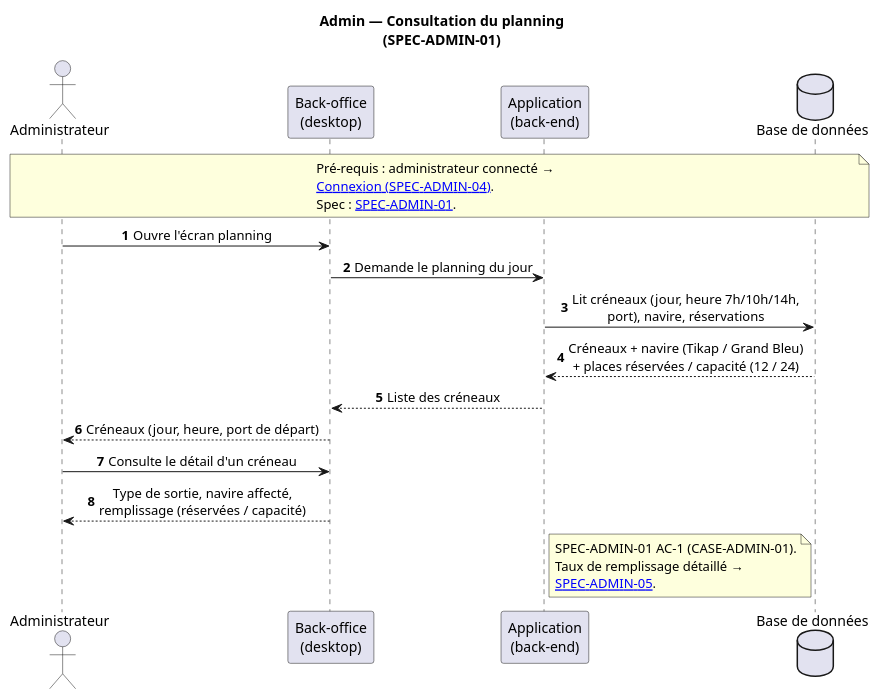
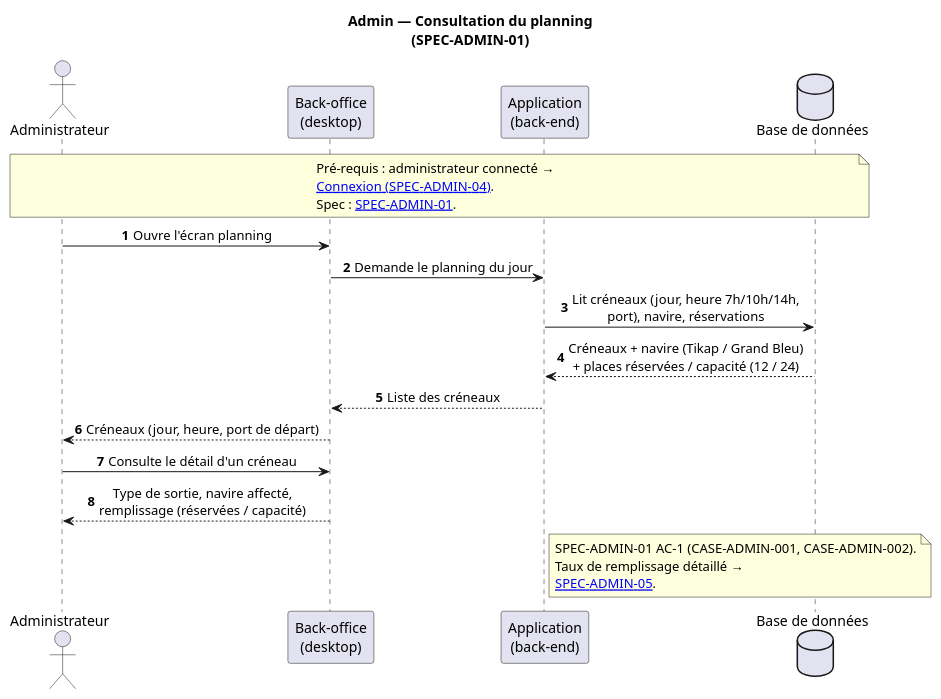
Before and after one commit to Pinguin211/Ti_Baleine: the diagram in docs/uml/sequences/admin-consultation-planning.puml, drawn with PlantUML. The commit also changed 80 other files, not shown here.

Commit message:
FEAT(Test): Ajout des test case de la partie admin

```diff
--- a/docs/uml/sequences/admin-consultation-planning.puml
+++ b/docs/uml/sequences/admin-consultation-planning.puml
@@ -1,33 +1,33 @@
 @startuml admin-consultation-planning
 title Admin — Consultation du planning\n(SPEC-ADMIN-01)
 
 skinparam sequenceMessageAlign center
 skinparam maxMessageSize 240
 autonumber
 
 actor "Administrateur" as Admin
 participant "Back-office\n(desktop)" as BO
 participant "Application\n(back-end)" as App
 database "Base de données" as BDD
 
 note over Admin, BDD
   Pré-requis : administrateur connecté →
   [[admin-login.svg Connexion (SPEC-ADMIN-04)]].
   Spec : [[../../../specs/admin.md SPEC-ADMIN-01]].
 end note
 
 Admin -> BO : Ouvre l'écran planning
 BO -> App : Demande le planning du jour
 App -> BDD : Lit créneaux (jour, heure 7h/10h/14h, port), navire, réservations
 BDD --> App : Créneaux + navire (Tikap / Grand Bleu) + places réservées / capacité (12 / 24)
 App --> BO : Liste des créneaux
 BO --> Admin : Créneaux (jour, heure, port de départ)
 Admin -> BO : Consulte le détail d'un créneau
 BO --> Admin : Type de sortie, navire affecté, remplissage (réservées / capacité)
 note right of App
-  SPEC-ADMIN-01 AC-1 (CASE-ADMIN-01).
+  SPEC-ADMIN-01 AC-1 (CASE-ADMIN-001, CASE-ADMIN-002).
   Taux de remplissage détaillé →
   [[admin-taux-remplissage.svg SPEC-ADMIN-05]].
 end note
 
 @enduml
```
